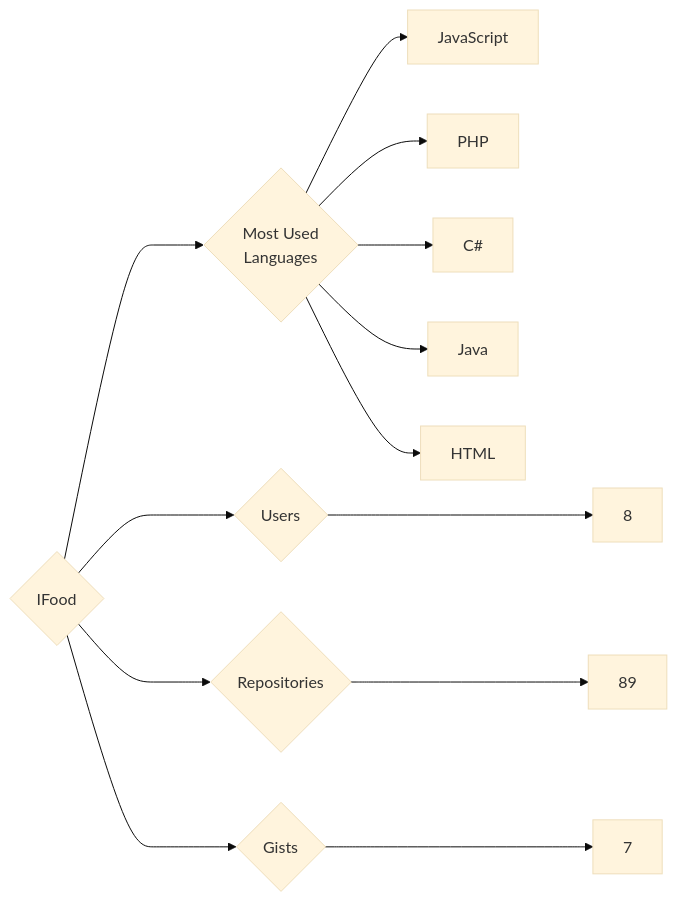
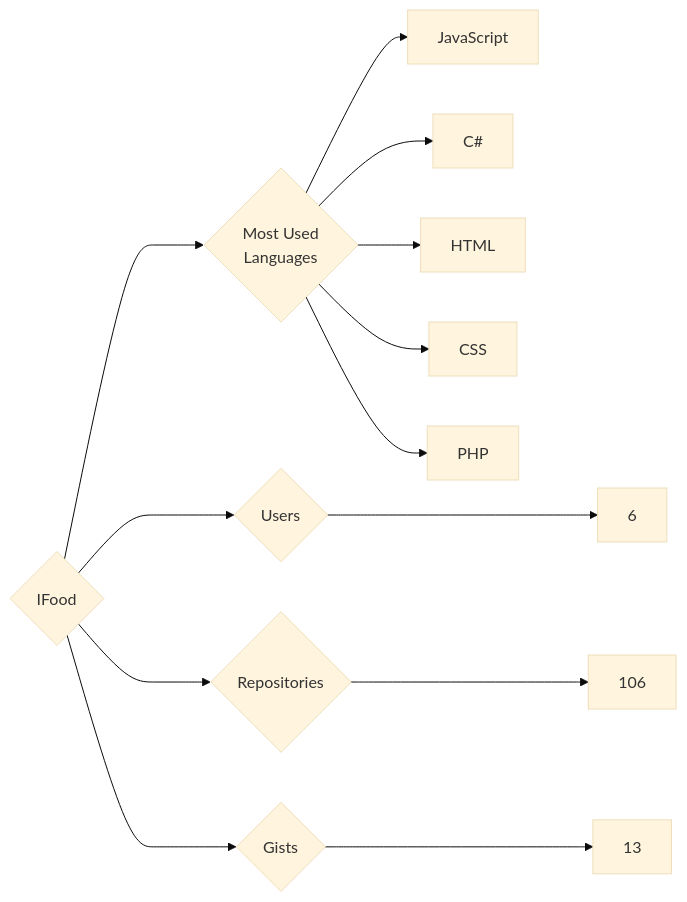
The diagram in targets/IFood/README.md (trickest/insiders), drawn with Mermaid (base theme) before and after one commit. The commit also changed 1055 other files, not shown here.

````diff
--- a/targets/IFood/README.md
+++ b/targets/IFood/README.md
@@ -3,13 +3,13 @@
 ```mermaid
 graph LR
 COMPANY_NAME{IFood}
-COMPANY_NAME ---> U{Users} ---> UN[8]
-COMPANY_NAME ---> R{Repositories} ---> RN[89]
-COMPANY_NAME ---> G{Gists} ---> GN[7]
+COMPANY_NAME ---> U{Users} ---> UN[6]
+COMPANY_NAME ---> R{Repositories} ---> RN[106]
+COMPANY_NAME ---> G{Gists} ---> GN[13]
 COMPANY_NAME ---> ML{Most Used<br>Languages}
 ML --> JavaScript[JavaScript]
+ML --> C#[C#]
+ML --> HTML[HTML]
+ML --> CSS[CSS]
 ML --> PHP[PHP]
-ML --> C#[C#]
-ML --> Java[Java]
-ML --> HTML[HTML]
 ```
````
